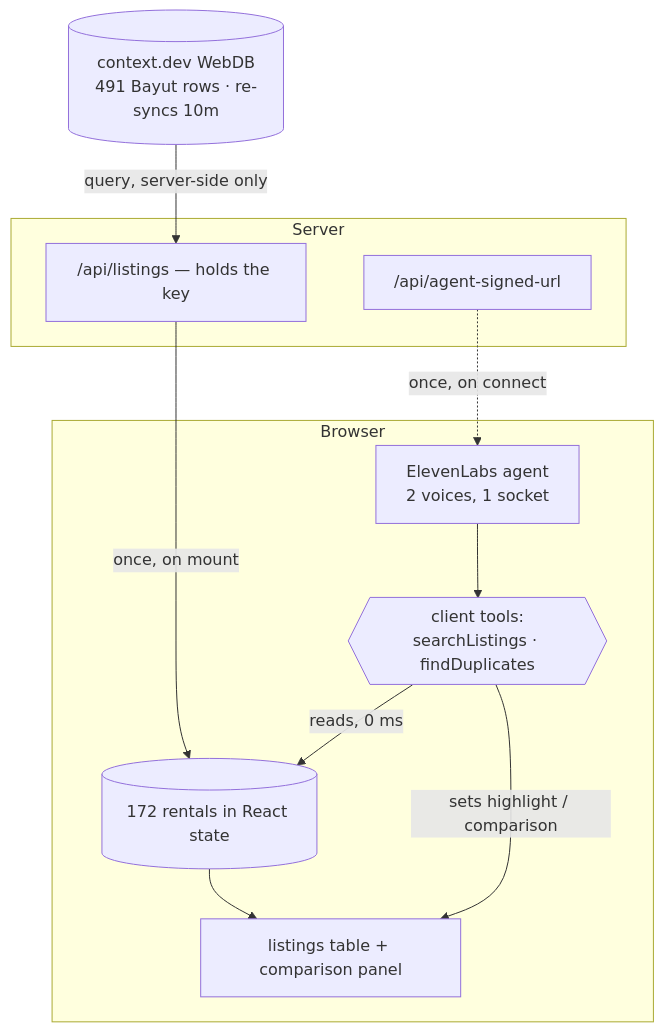
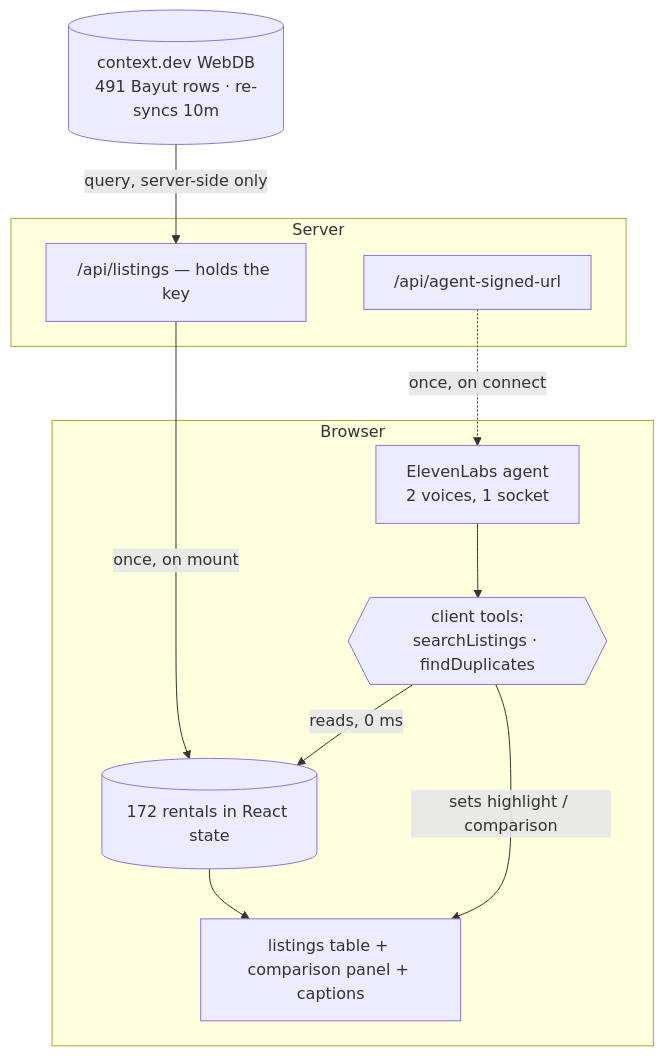
Before and after one commit to andreteow/dubai-voice-hackathon: the diagram in TECH-SPEC.md, drawn with Mermaid. The commit also changed other lines of this file and 13 other files, not shown here.

````diff
--- a/TECH-SPEC.md
+++ b/TECH-SPEC.md
@@ -62,22 +62,22 @@
 ```mermaid
 flowchart TD
     subgraph Browser
         MEM[(172 rentals in React state)]
         CT{{"client tools:<br/>searchListings · findDuplicates"}}
         EL[ElevenLabs agent<br/>2 voices, 1 socket]
-        UI[listings table + comparison panel]
+        UI[listings table + comparison panel + captions]
     end
     subgraph Server
         API["/api/listings — holds the key"]
         SU["/api/agent-signed-url"]
     end
     CTX[("context.dev WebDB<br/>491 Bayut rows · re-syncs 10m")]
 
     CTX -->|query, server-side only| API
     API -->|once, on mount| MEM
     MEM --> UI
     EL --> CT
     CT -->|reads, 0 ms| MEM
     CT -->|sets highlight / comparison| UI
     SU -.->|once, on connect| EL
 ```
````
